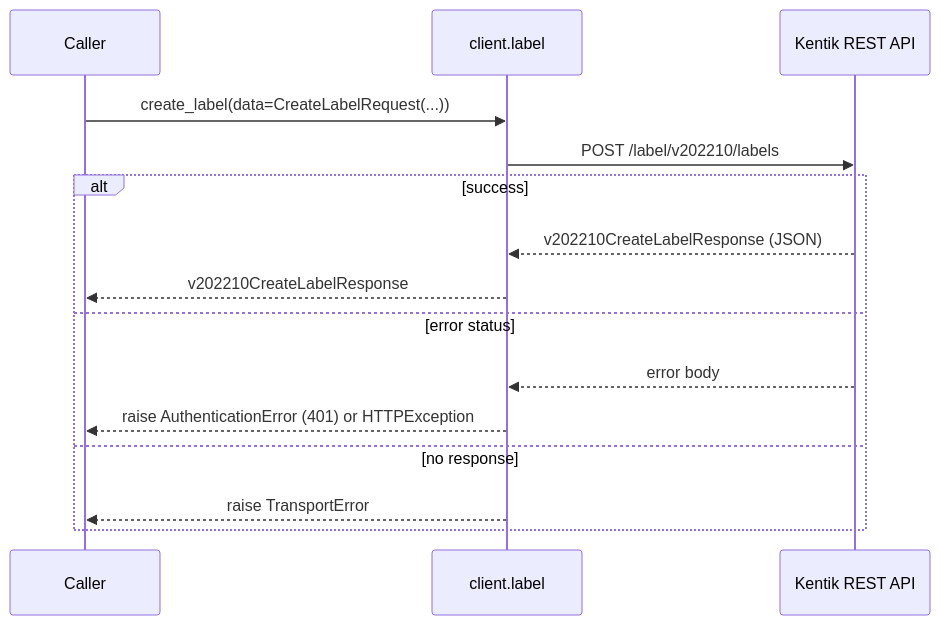
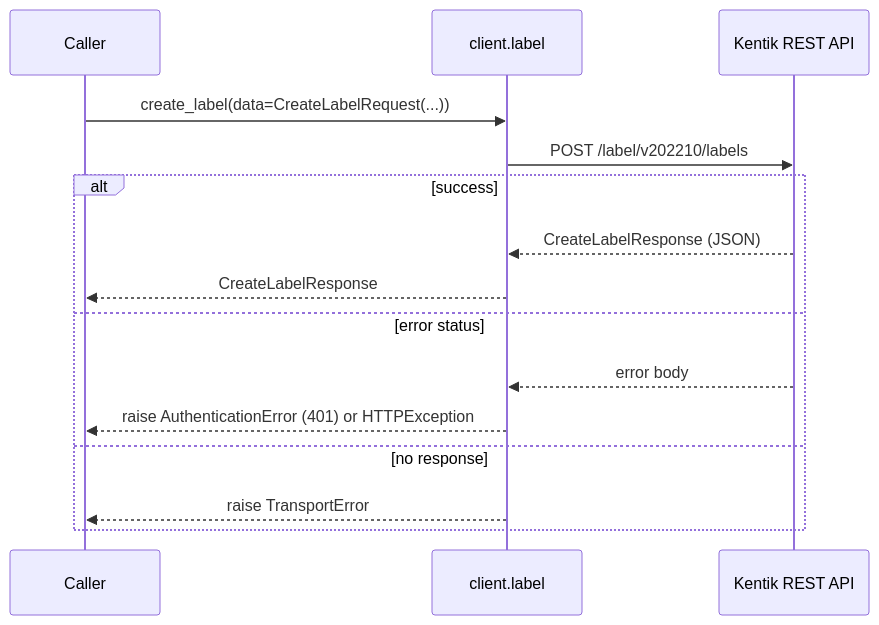
One commit to alexdearaujo/community_sdk_python changed the fourth of 10 diagrams in docs/sphinx/services/label.md. Above: the diagram before and after it, drawn with Mermaid. The commit also changed other lines of this file and 38 other files, not shown here.

````diff
--- a/docs/sphinx/services/label.md
+++ b/docs/sphinx/services/label.md
@@ -106,18 +106,18 @@
 ```mermaid
 sequenceDiagram
     participant C as Caller
     participant W as client.label
     participant API as Kentik REST API
 
     C->>W: create_label(data=CreateLabelRequest(...))
     W->>API: POST /label/v202210/labels
     alt success
-        API-->>W: v202210CreateLabelResponse (JSON)
-        W-->>C: v202210CreateLabelResponse
+        API-->>W: CreateLabelResponse (JSON)
+        W-->>C: CreateLabelResponse
     else error status
         API-->>W: error body
         W-->>C: raise AuthenticationError (401) or HTTPException
     else no response
         W-->>C: raise TransportError
     end
 ```
````
